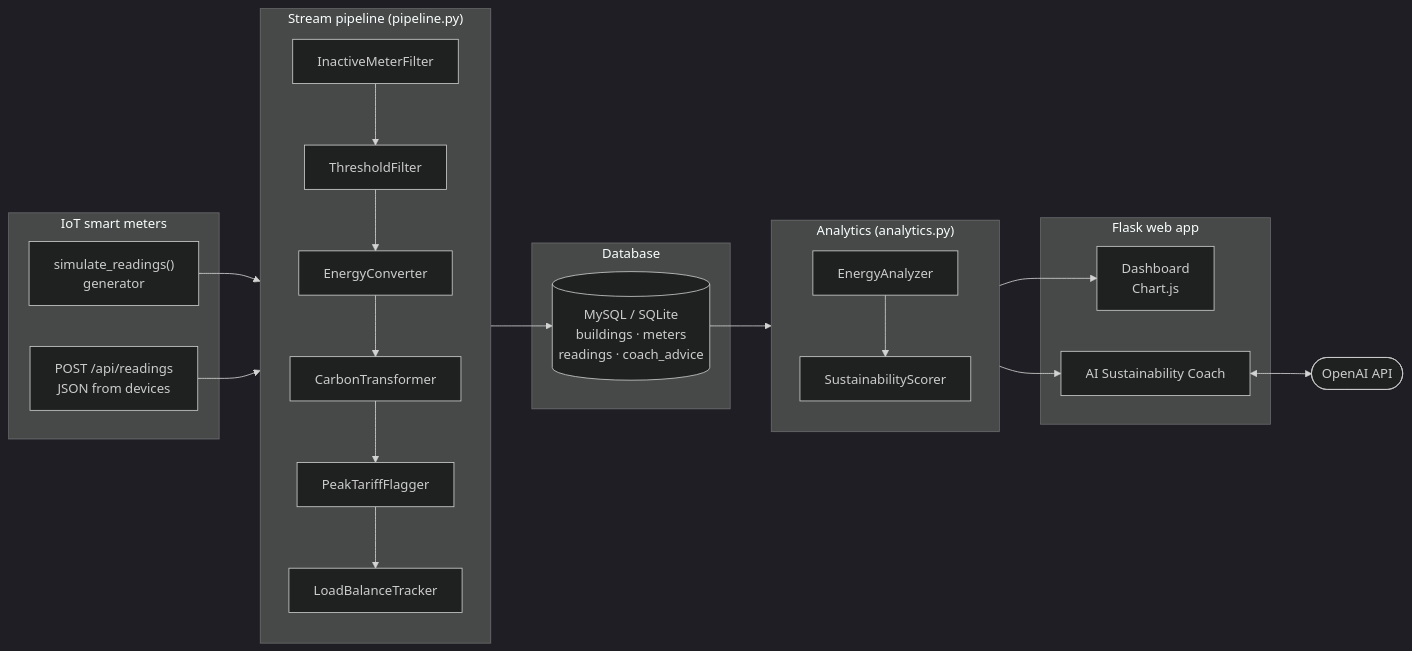
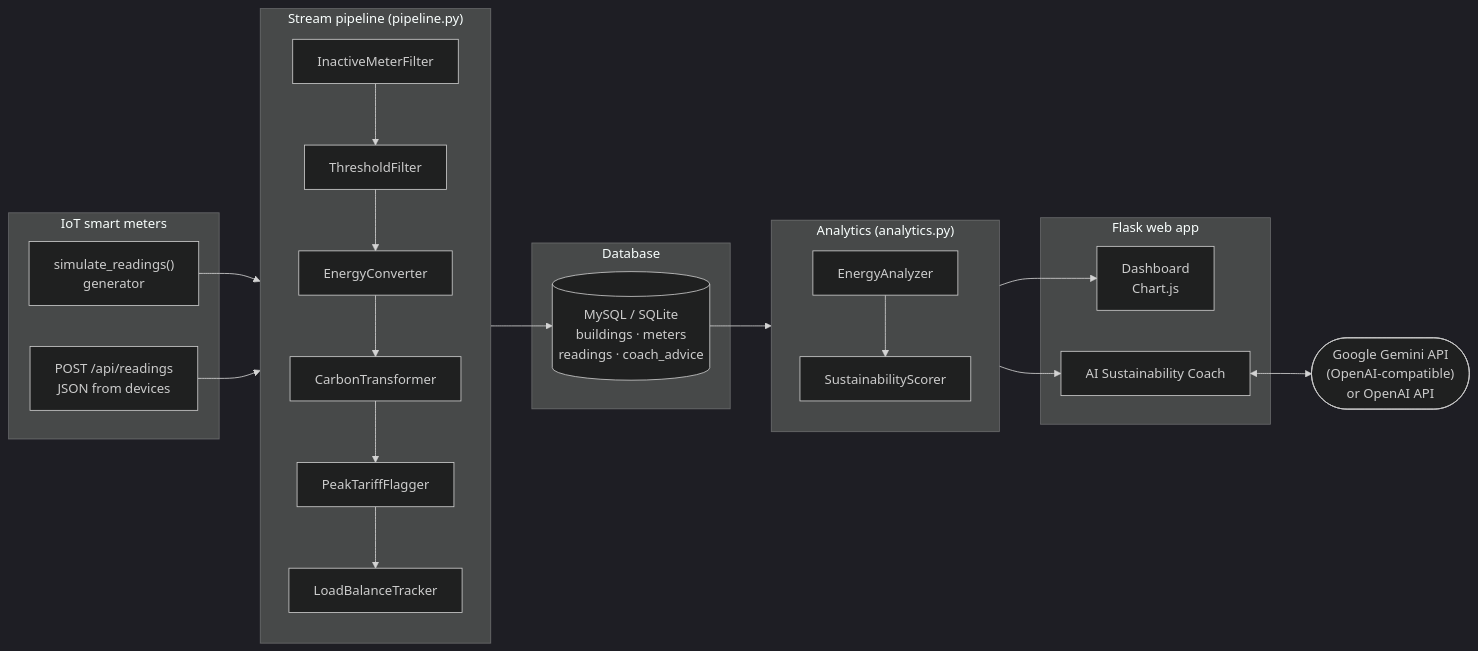
Before and after one commit to abhnasim/smart-energy-monitor: the diagram in docs/uml/4_architecture.mmd, drawn with Mermaid (dark theme). The commit also changed 3 other files, not shown here.

Commit message:
Mention Google Gemini in docs

```diff
--- a/docs/uml/4_architecture.mmd
+++ b/docs/uml/4_architecture.mmd
@@ -1,28 +1,28 @@
 flowchart LR
   subgraph Sources["IoT smart meters"]
     SIM["simulate_readings()<br/>generator"]
     IOT["POST /api/readings<br/>JSON from devices"]
   end
   subgraph Pipeline["Stream pipeline (pipeline.py)"]
     direction TB
     F1[InactiveMeterFilter] --> F2[ThresholdFilter] --> T1[EnergyConverter] --> T2[CarbonTransformer] --> T3[PeakTariffFlagger] --> T4[LoadBalanceTracker]
   end
   subgraph Storage["Database"]
     DB[("MySQL / SQLite<br/>buildings · meters<br/>readings · coach_advice")]
   end
   subgraph Analytics["Analytics (analytics.py)"]
     direction TB
     AN[EnergyAnalyzer] --> SC[SustainabilityScorer]
   end
   subgraph Web["Flask web app"]
     DASH["Dashboard<br/>Chart.js"]
     COACH["AI Sustainability Coach"]
   end
-  OAI(["OpenAI API"])
+  OAI(["Google Gemini API<br/>(OpenAI-compatible)<br/>or OpenAI API"])
   SIM --> F1
   IOT --> F1
   T4 --> DB
   DB --> AN
   SC --> DASH
   SC --> COACH
   COACH <--> OAI
```
